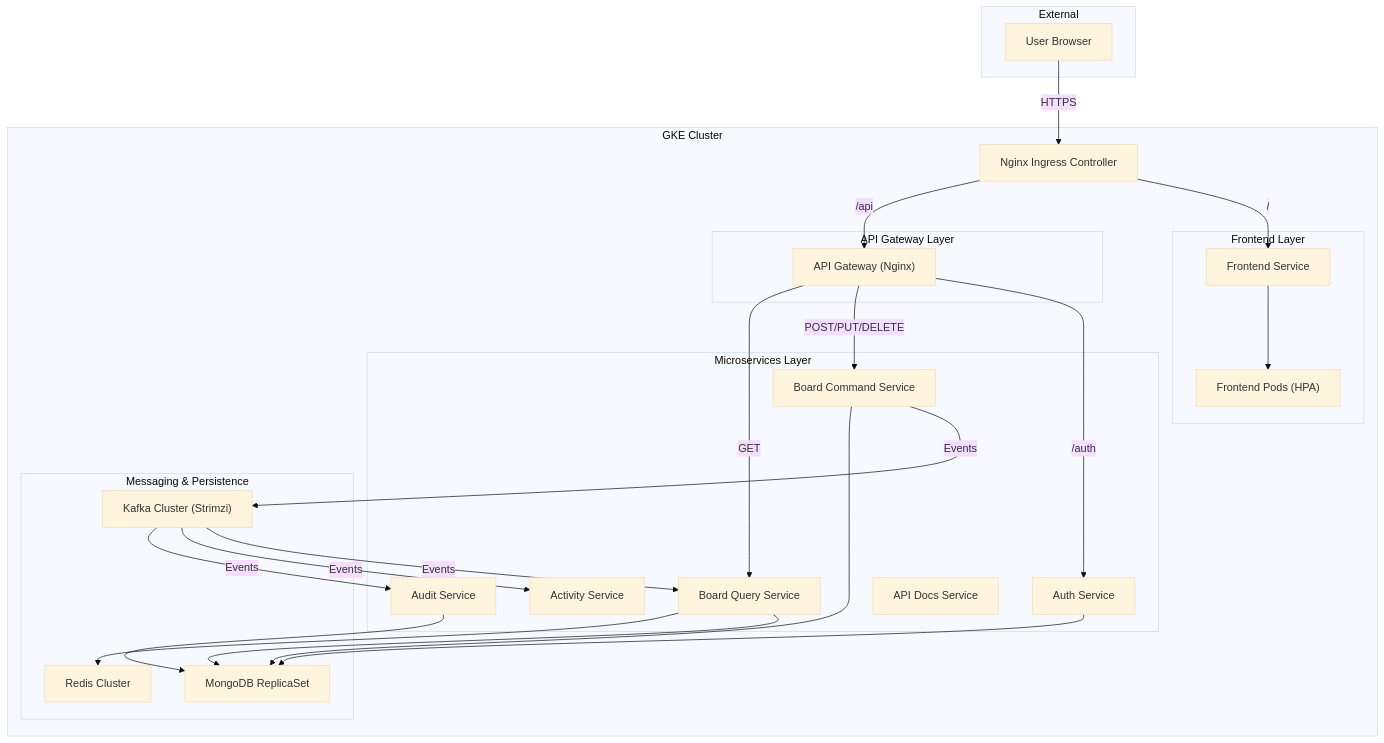
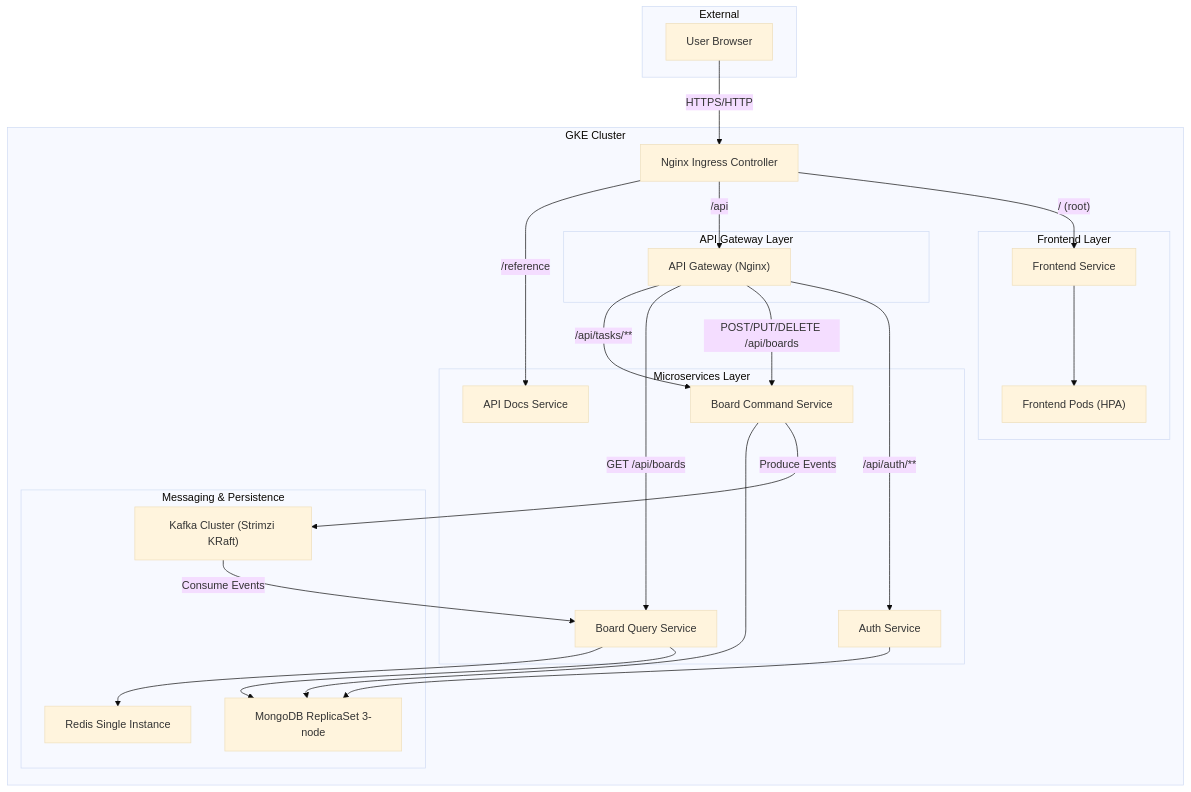
Before and after one commit to MemerGamer/Cascade: the first of 2 diagrams in docs/architecture_presentation.md, drawn with Mermaid (base theme). The commit also changed other lines of this file and 12 other files, not shown here.

````diff
--- a/docs/architecture_presentation.md
+++ b/docs/architecture_presentation.md
@@ -7,55 +9,52 @@
 ```mermaid
 graph TB
     subgraph "External"
         User[User Browser]
     end
 
     subgraph "GKE Cluster"
         Ingress[Nginx Ingress Controller]
 
         subgraph "API Gateway Layer"
             Gateway["API Gateway (Nginx)"]
         end
 
         subgraph "Frontend Layer"
             FE[Frontend Service]
             FE_Pods["Frontend Pods (HPA)"]
         end
 
         subgraph "Microservices Layer"
             Auth[Auth Service]
             Cmd[Board Command Service]
             Query[Board Query Service]
-            Activity[Activity Service]
-            Audit[Audit Service]
             ApiDocs[API Docs Service]
         end
 
         subgraph "Messaging & Persistence"
-            Kafka["Kafka Cluster (Strimzi)"]
-            Mongo[MongoDB ReplicaSet]
-            Redis[Redis Cluster]
+            Kafka["Kafka Cluster (Strimzi KRaft)"]
+            Mongo[MongoDB ReplicaSet 3-node]
+            Redis[Redis Single Instance]
         end
     end
 
-    User -->|HTTPS| Ingress
-    Ingress -->|/| FE
+    User -->|HTTPS/HTTP| Ingress
+    Ingress -->|"/ (root)"| FE
     Ingress -->|/api| Gateway
+    Ingress -->|/reference| ApiDocs
 
     FE --> FE_Pods
 
-    Gateway -->|/auth| Auth
-    Gateway -->|POST/PUT/DELETE| Cmd
-    Gateway -->|GET| Query
+    Gateway -->|"/api/auth/**"| Auth
+    Gateway -->|"POST/PUT/DELETE /api/boards"| Cmd
+    Gateway -->|"GET /api/boards"| Query
+    Gateway -->|"/api/tasks/**"| Cmd
 
-    Cmd -->|Events| Kafka
-    Kafka -->|Events| Query
-    Kafka -->|Events| Activity
-    Kafka -->|Events| Audit
+    Cmd -->|Produce Events| Kafka
+    Kafka -->|Consume Events| Query
 
     Auth --> Mongo
     Cmd --> Mongo
     Query --> Mongo
-    Audit --> Mongo
     Query --> Redis
 ```
````
